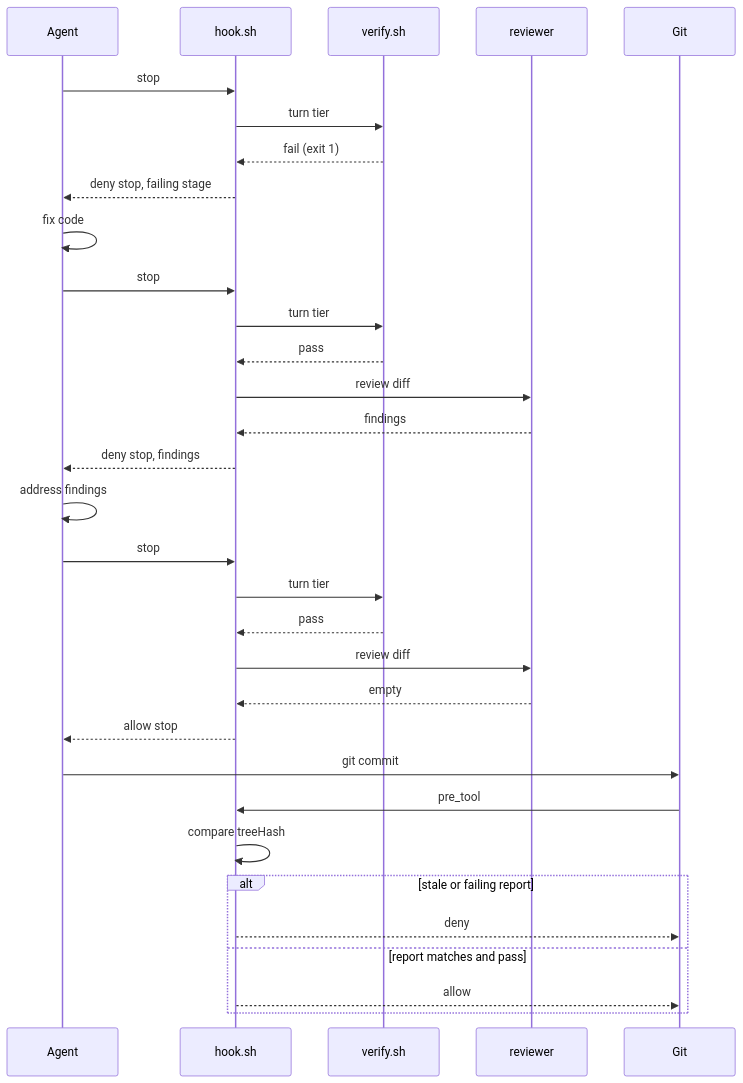
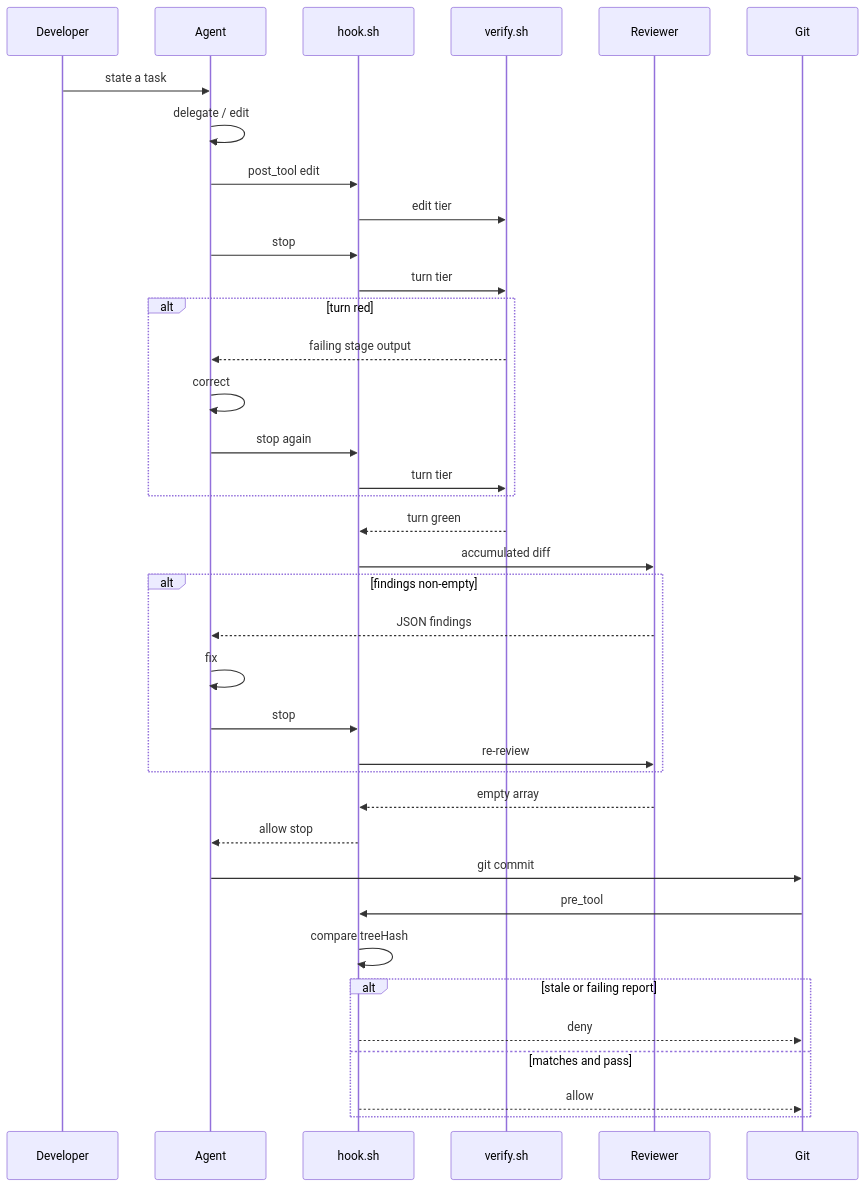
The second of 5 diagrams in README.md (lucamezzalira/harness-loop-engineering), drawn with Mermaid before and after one commit. The commit also changed other lines of this file and 3 other files, not shown here.

````diff
--- a/README.md
+++ b/README.md
@@ -74,34 +84,39 @@
 ```mermaid
 sequenceDiagram
+  participant Dev as Developer
   participant Agent
   participant Hook as hook.sh
   participant Verify as verify.sh
-  participant Review as reviewer
+  participant Review as Reviewer
   participant Git
+  Dev->>Agent: state a task
+  Agent->>Agent: delegate / edit
+  Agent->>Hook: post_tool edit
+  Hook->>Verify: edit tier
   Agent->>Hook: stop
   Hook->>Verify: turn tier
-  Verify-->>Hook: fail (exit 1)
-  Hook-->>Agent: deny stop, failing stage
-  Agent->>Agent: fix code
-  Agent->>Hook: stop
-  Hook->>Verify: turn tier
-  Verify-->>Hook: pass
-  Hook->>Review: review diff
-  Review-->>Hook: findings
-  Hook-->>Agent: deny stop, findings
-  Agent->>Agent: address findings
-  Agent->>Hook: stop
-  Hook->>Verify: turn tier
-  Verify-->>Hook: pass
-  Hook->>Review: review diff
-  Review-->>Hook: empty
+  alt turn red
+    Verify-->>Agent: failing stage output
+    Agent->>Agent: correct
+    Agent->>Hook: stop again
+    Hook->>Verify: turn tier
+  end
+  Verify-->>Hook: turn green
+  Hook->>Review: accumulated diff
+  alt findings non-empty
+    Review-->>Agent: JSON findings
+    Agent->>Agent: fix
+    Agent->>Hook: stop
+    Hook->>Review: re-review
+  end
+  Review-->>Hook: empty array
   Hook-->>Agent: allow stop
   Agent->>Git: git commit
   Git->>Hook: pre_tool
   Hook->>Hook: compare treeHash
   alt stale or failing report
     Hook-->>Git: deny
-  else report matches and pass
+  else matches and pass
     Hook-->>Git: allow
   end
 ```
````
